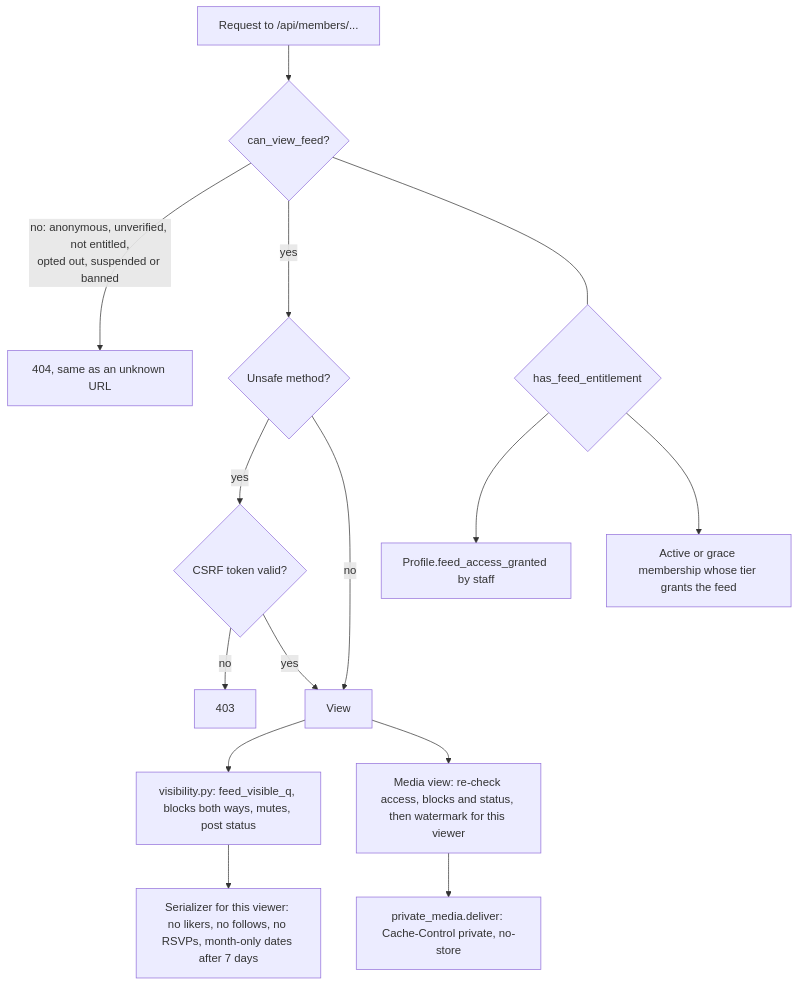
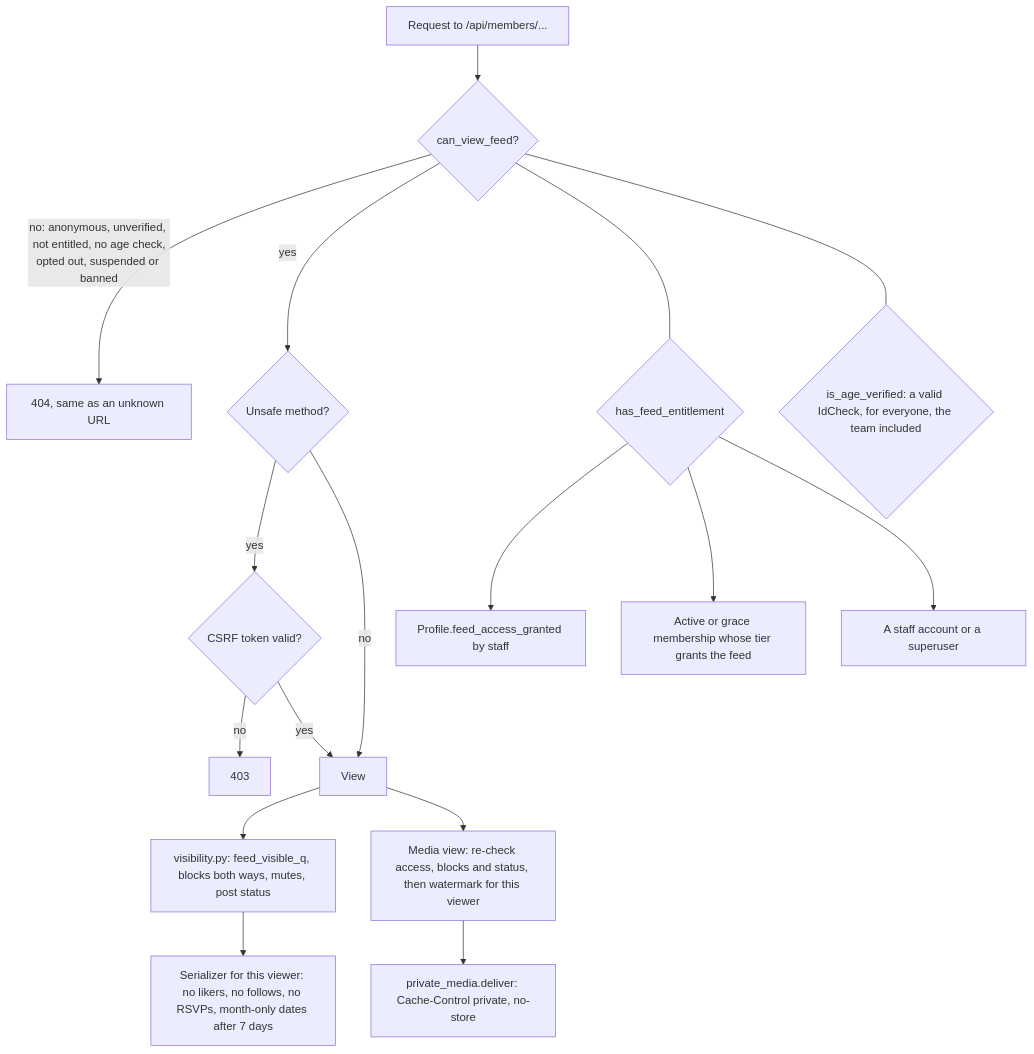
The first of 4 diagrams in docs/architecture.md (degarmo/rose), drawn with Mermaid before and after one commit. The commit also changed other lines of this file and 88 other files, not shown here.

First line of the commit message:
Require an in-person age check for the member feed

````diff
--- a/docs/architecture.md
+++ b/docs/architecture.md
@@ -124,18 +124,20 @@
 ```mermaid
 flowchart TD
     R[Request to /api/members/...] --> A{can_view_feed?}
-    A -- "no: anonymous, unverified, not entitled,\nopted out, suspended or banned" --> N[404, same as an unknown URL]
+    A -- "no: anonymous, unverified, not entitled, no age check,\nopted out, suspended or banned" --> N[404, same as an unknown URL]
     A -- yes --> C{Unsafe method?}
     C -- yes --> X{CSRF token valid?}
     X -- no --> F[403]
     X -- yes --> V
     C -- no --> V[View]
     V --> Q[visibility.py: feed_visible_q, blocks both ways, mutes, post status]
     Q --> S[Serializer for this viewer: no likers, no follows, no RSVPs, month-only dates after 7 days]
     V --> M[Media view: re-check access, blocks and status, then watermark for this viewer]
     M --> P[private_media.deliver: Cache-Control private, no-store]
 
     E{has_feed_entitlement} --> G[Profile.feed_access_granted by staff]
     E --> H[Active or grace membership whose tier grants the feed]
+    E --> K[A staff account or a superuser]
     A --- E
+    A --- AV{is_age_verified: a valid IdCheck, for everyone, the team included}
 ```
````
